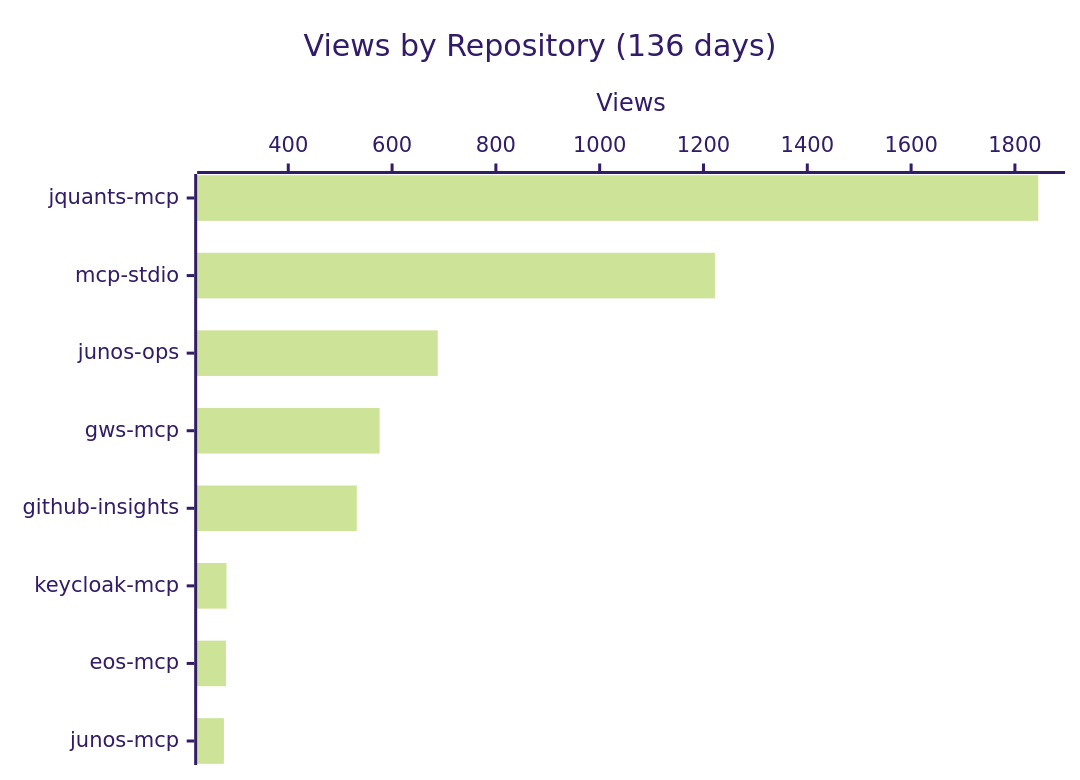
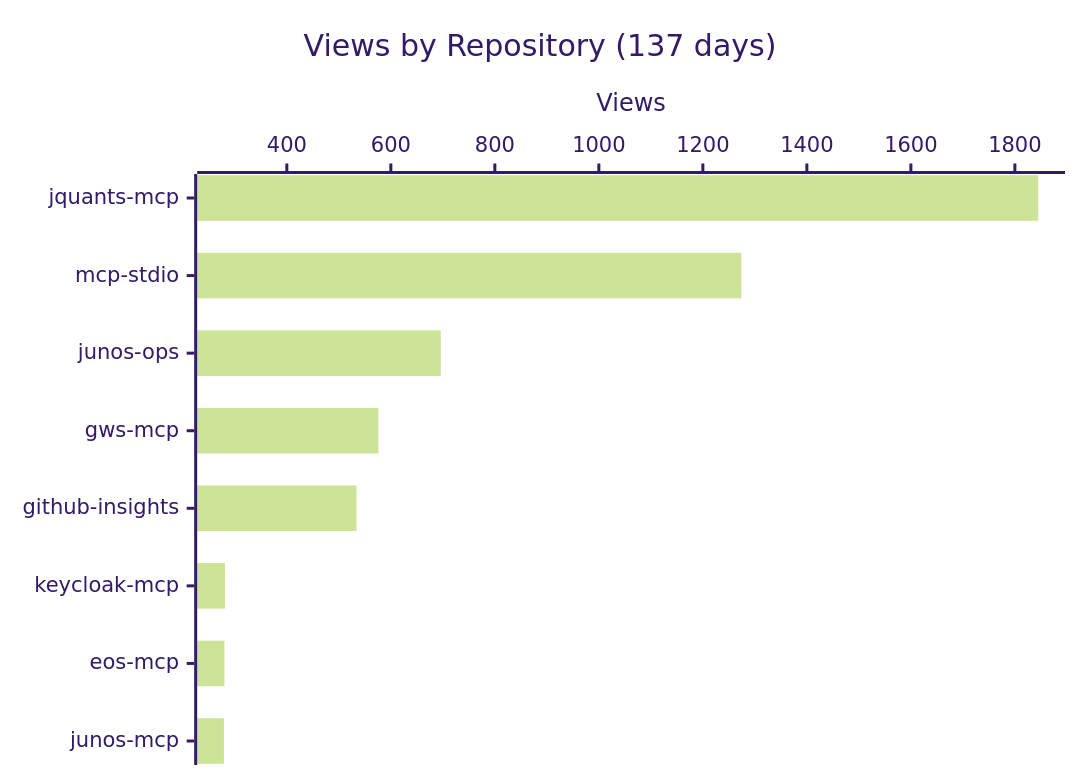
One commit to shigechika/github-insights changed the first of 4 diagrams in README.md. Above: the diagram before and after it, drawn with Mermaid (forest theme). The commit also changed other lines of this file and 2 other files, not shown here.

````diff
--- a/README.md
+++ b/README.md
@@ -18,7 +18,7 @@
 ```mermaid
 xychart-beta horizontal
-    title "Views by Repository (136 days)"
+    title "Views by Repository (137 days)"
     x-axis ["jquants-mcp", "mcp-stdio", "junos-ops", "gws-mcp", "github-insights", "keycloak-mcp", "eos-mcp", "junos-mcp"]
     y-axis "Views"
-    bar [1845, 1222, 688, 576, 532, 281, 280, 276]
+    bar [1845, 1274, 696, 576, 534, 281, 280, 279]
 ```
````
